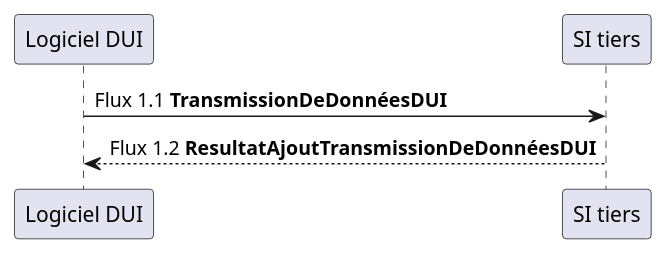
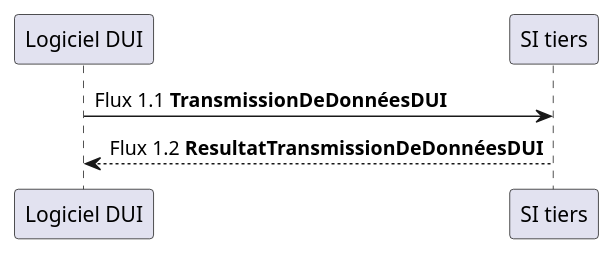
The diagram in input/images-source/flux1.plantuml (ansforge/IG-fhir-medicosocial-transfert-donnees-dui), drawn with PlantUML before and after one commit.

```diff
--- a/input/images-source/flux1.plantuml
+++ b/input/images-source/flux1.plantuml
@@ -1,6 +1,6 @@
 @startuml
 
 "Logiciel DUI" -> "SI tiers" : Flux 1.1 **TransmissionDeDonnéesDUI**
-"Logiciel DUI" <-- "SI tiers" : Flux 1.2 **ResultatAjoutTransmissionDeDonnéesDUI**
+"Logiciel DUI" <-- "SI tiers" : Flux 1.2 **ResultatTransmissionDeDonnéesDUI**
 
 @enduml
```
